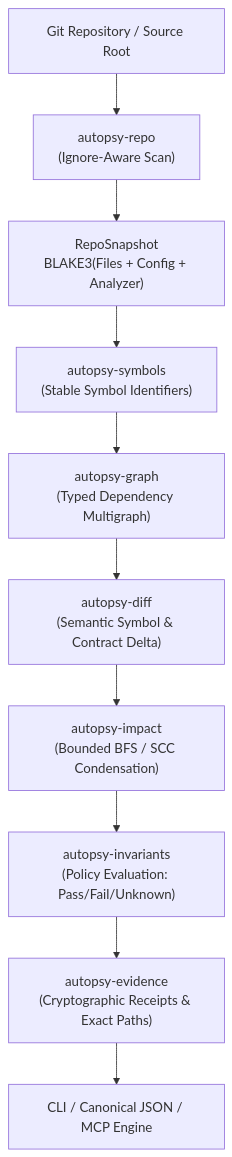
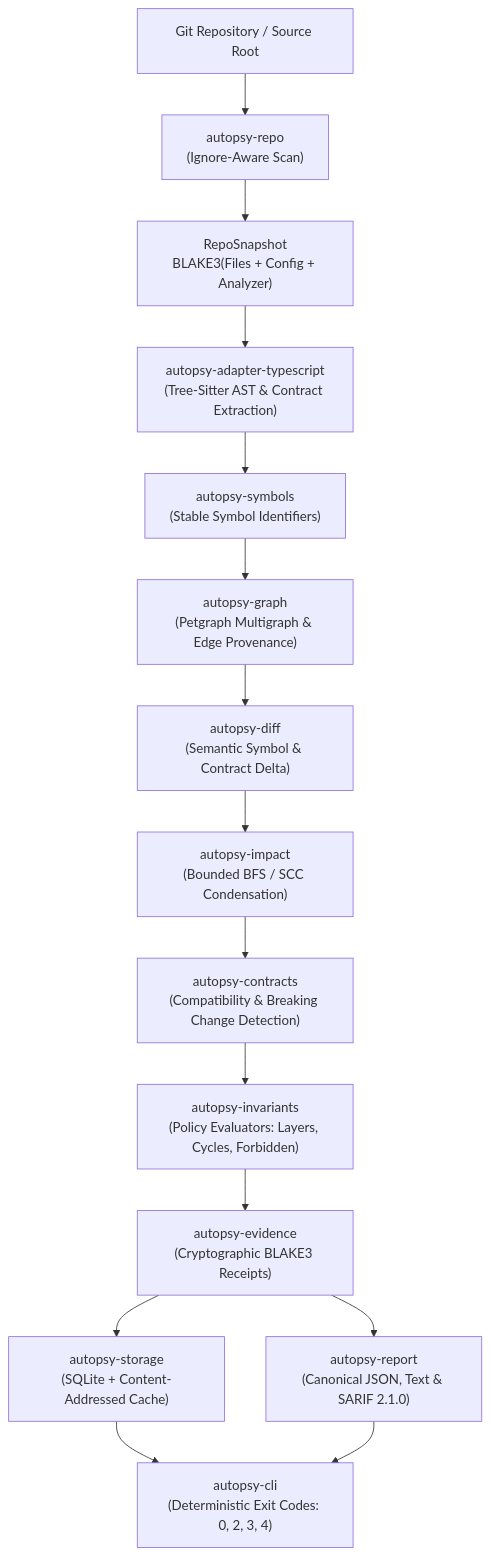
One commit to sainibhaowal/SynEvid changed the first of 3 diagrams in README.md. Above: the diagram before and after it, drawn with Mermaid. The commit also changed other lines of this file, not shown here.

Commit message:
docs(readme): add benchmark harness architecture diagrams and empirical telemetry

````diff
--- a/README.md
+++ b/README.md
@@ -60,12 +63,16 @@
 ```mermaid
 flowchart TD
-    Repo["Git Repository / Source Root"] --> Discover["autopsy-repo<br/>(Ignore-Aware Scan)"]
-    Discover --> Snap["RepoSnapshot<br/>BLAKE3(Files + Config + Analyzer)"]
-    Snap --> Sym["autopsy-symbols<br/>(Stable Symbol Identifiers)"]
-    Sym --> Graph["autopsy-graph<br/>(Typed Dependency Multigraph)"]
+    Repo["Git Repository / Source Root"] --> Scan["autopsy-repo<br/>(Ignore-Aware Scan)"]
+    Scan --> Snap["RepoSnapshot<br/>BLAKE3(Files + Config + Analyzer)"]
+    Snap --> Adapter["autopsy-adapter-typescript<br/>(Tree-Sitter AST & Contract Extraction)"]
+    Adapter --> Sym["autopsy-symbols<br/>(Stable Symbol Identifiers)"]
+    Sym --> Graph["autopsy-graph<br/>(Petgraph Multigraph & Edge Provenance)"]
     Graph --> Diff["autopsy-diff<br/>(Semantic Symbol & Contract Delta)"]
     Diff --> Impact["autopsy-impact<br/>(Bounded BFS / SCC Condensation)"]
-    Impact --> Inv["autopsy-invariants<br/>(Policy Evaluation: Pass/Fail/Unknown)"]
-    Inv --> Evid["autopsy-evidence<br/>(Cryptographic Receipts & Exact Paths)"]
-    Evid --> CLI["CLI / Canonical JSON / MCP Engine"]
+    Impact --> Contracts["autopsy-contracts<br/>(Compatibility & Breaking Change Detection)"]
+    Contracts --> Inv["autopsy-invariants<br/>(Policy Evaluators: Layers, Cycles, Forbidden)"]
+    Inv --> Evid["autopsy-evidence<br/>(Cryptographic BLAKE3 Receipts)"]
+    Evid --> Storage["autopsy-storage<br/>(SQLite + Content-Addressed Cache)"]
+    Evid --> Report["autopsy-report<br/>(Canonical JSON, Text & SARIF 2.1.0)"]
+    Storage & Report --> CLI["autopsy-cli<br/>(Deterministic Exit Codes: 0, 2, 3, 4)"]
 ```
````
